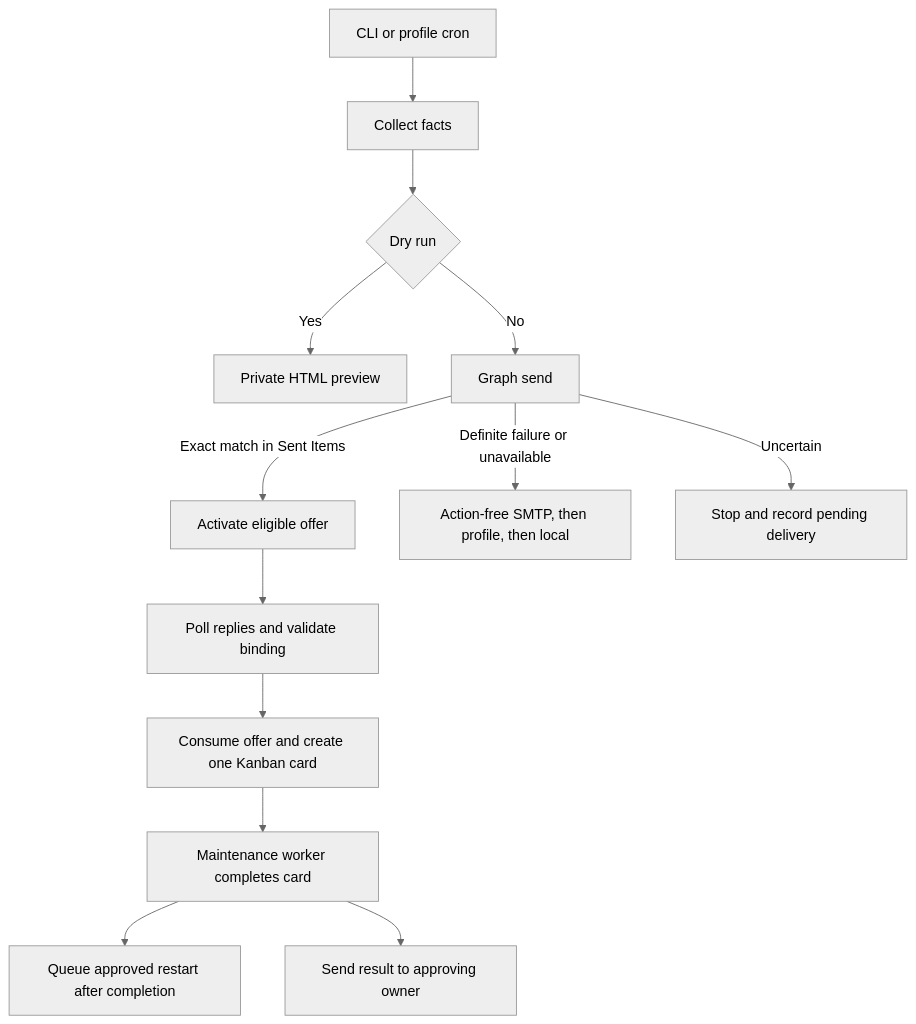
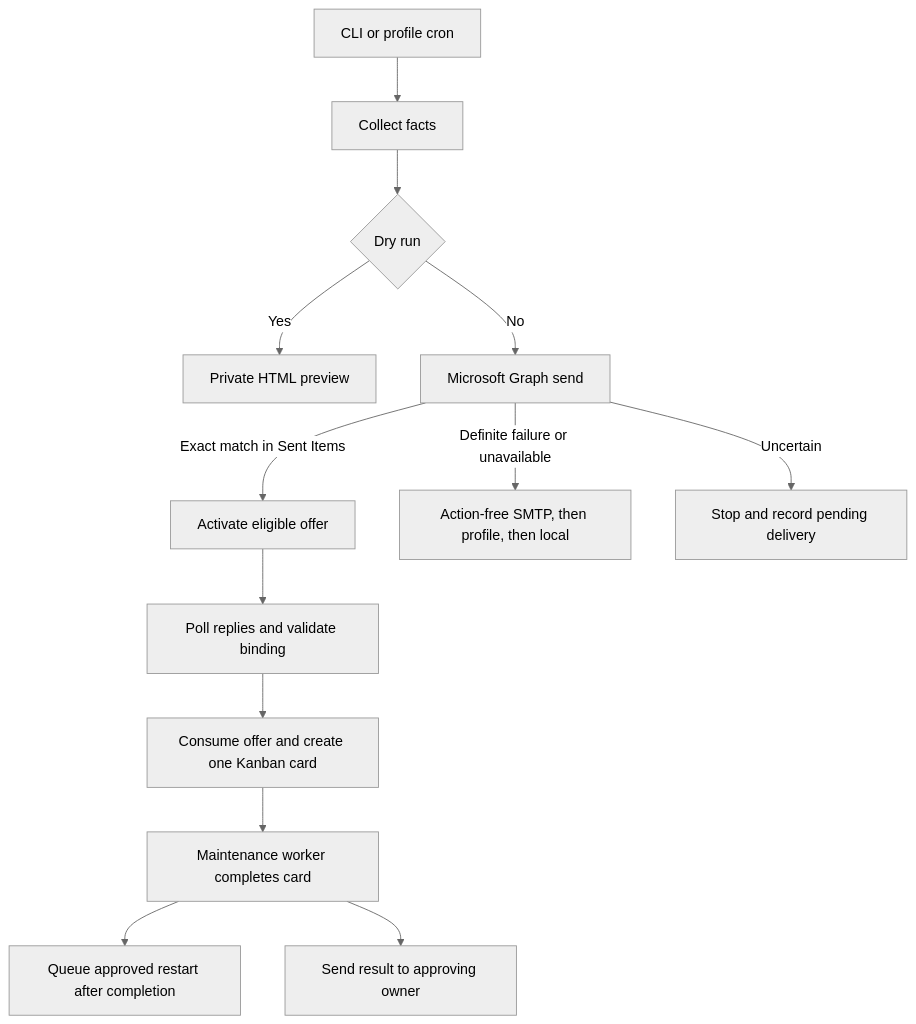
Before and after one commit to petertaras/hermes-health-report: the diagram in docs/architecture.md, drawn with Mermaid (neutral theme). The commit also changed other lines of this file and 6 other files, not shown here.

Commit message:
docs: add sample report preview, name Microsoft Graph in full

````diff
--- a/docs/architecture.md
+++ b/docs/architecture.md
@@ -5,15 +5,15 @@
 ```mermaid
 flowchart TD
     A[CLI or profile cron] --> B[Collect facts]
     B --> C{Dry run}
     C -->|Yes| D[Private HTML preview]
-    C -->|No| E[Graph send]
+    C -->|No| E[Microsoft Graph send]
     E -->|Exact match in Sent Items| F[Activate eligible offer]
     E -->|Definite failure or unavailable| G[Action-free SMTP, then profile, then local]
     E -->|Uncertain| H[Stop and record pending delivery]
     F --> I[Poll replies and validate binding]
     I --> J[Consume offer and create one Kanban card]
     J --> K[Maintenance worker completes card]
     K --> L[Queue approved restart after completion]
     K --> M[Send result to approving owner]
 ```
````
